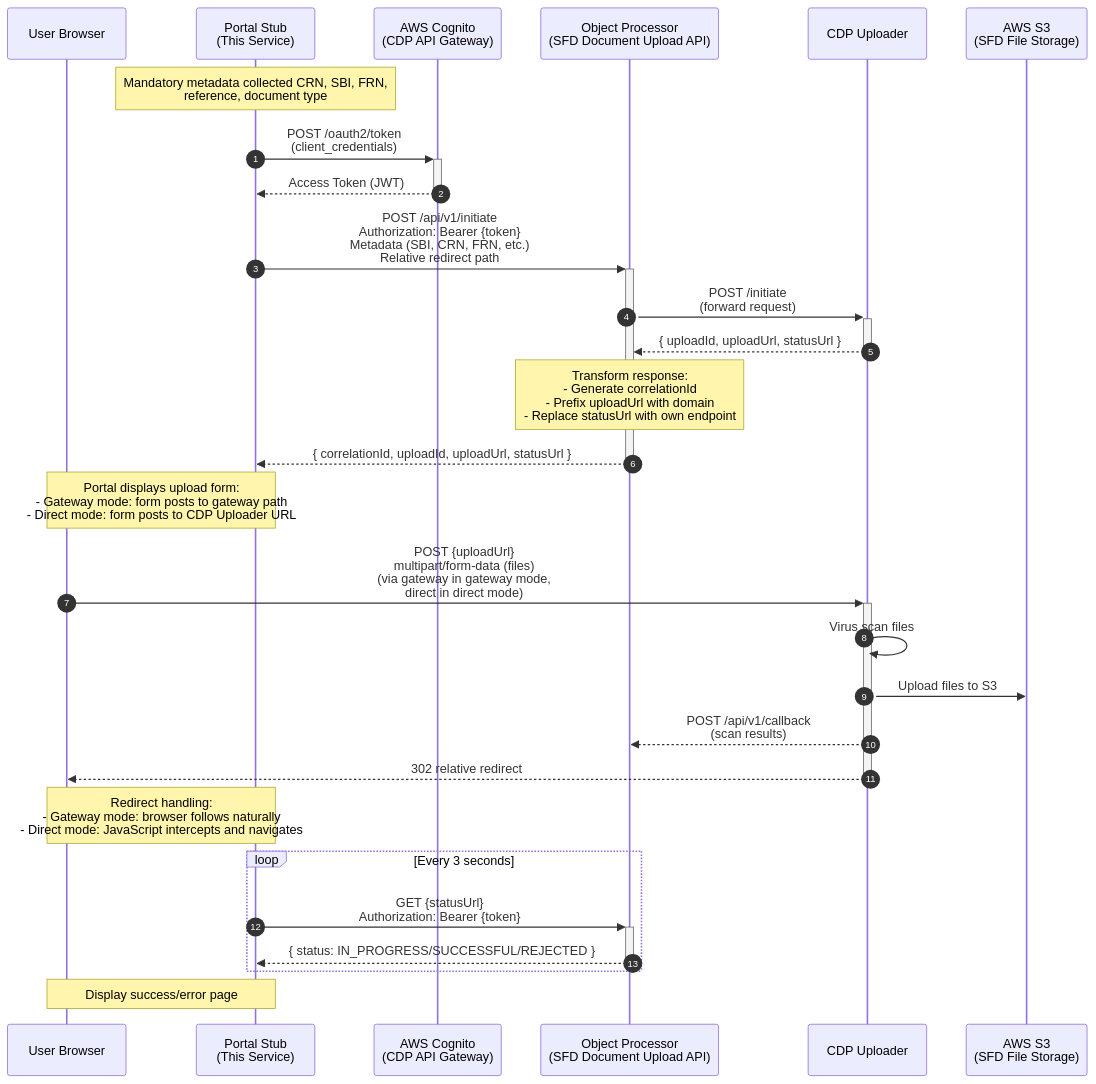
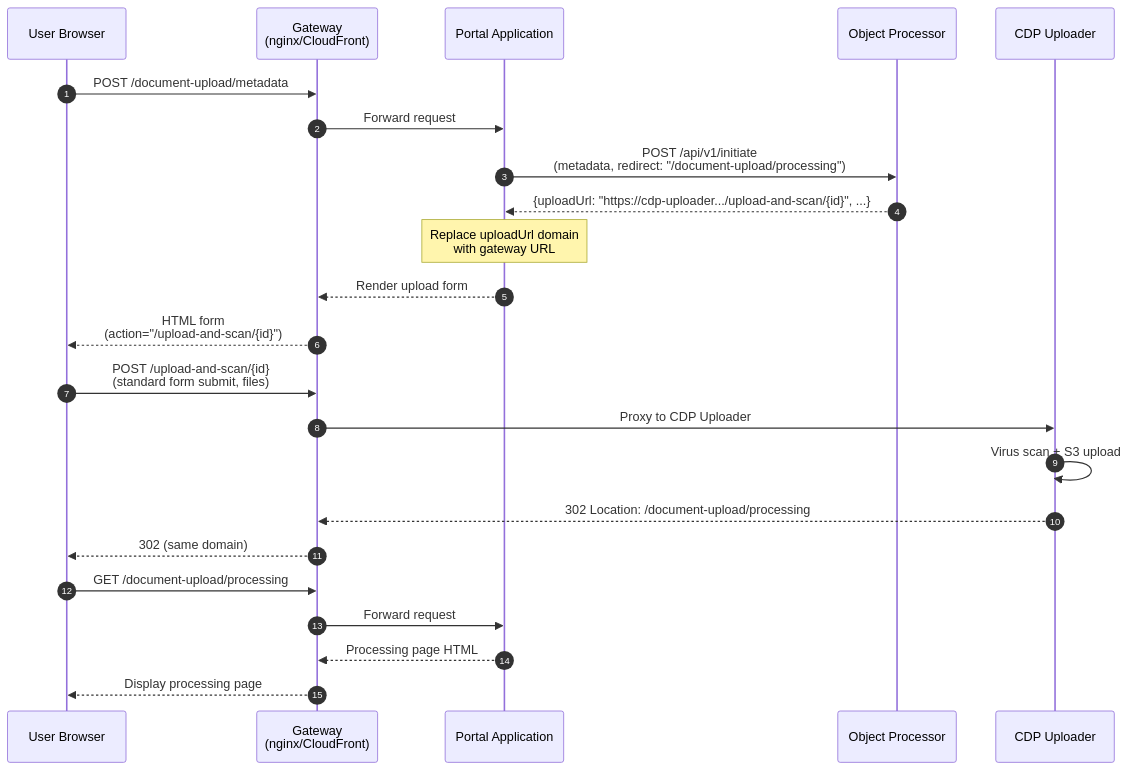
The first of 3 diagrams in README.md (DEFRA/fcp-sfd-portal-stub), drawn with Mermaid before and after one commit. The commit also changed other lines of this file and 16 other files, not shown here.

````diff
--- a/README.md
+++ b/README.md
@@ -24,38 +199,27 @@
 ```mermaid
 sequenceDiagram
     autonumber
-    participant User as User Browser
-    participant Portal as Portal Stub<br/>(This Service)
-    participant Cognito as AWS Cognito<br/>(CDP API Gateway)
-    participant Processor as Object Processor<br/>(SFD Document Upload API)
+    participant Browser as User Browser
+    participant Gateway as Gateway<br/>(nginx/CloudFront)
+    participant Portal as Portal Application
+    participant Processor as Object Processor
     participant Uploader as CDP Uploader
-    participant S3 as AWS S3<br/>(SFD File Storage)
 
-    Note over Portal: Mandatory metadata collected CRN, SBI, FRN,<br/>reference, document type
+    Browser->>Gateway: POST /document-upload/metadata
+    Gateway->>Portal: Forward request
+    Portal->>Processor: POST /api/v1/initiate<br/>(metadata, redirect: "/document-upload/processing")
+    Processor-->>Portal: {uploadUrl: "https://cdp-uploader.../upload-and-scan/{id}", ...}
+    Note over Portal: Replace uploadUrl domain<br/>with gateway URL
+    Portal-->>Gateway: Render upload form
+    Gateway-->>Browser: HTML form<br/>(action="/upload-and-scan/{id}")
     
-    Portal->>+Cognito: POST /oauth2/token<br/>(client_credentials)
-    Cognito-->>-Portal: Access Token (JWT)
-    
-    Portal->>+Processor: POST /api/v1/initiate<br/>Authorization: Bearer {token}<br/>Metadata (SBI, CRN, FRN, etc.)<br/>Relative redirect path
-    Processor->>+Uploader: POST /initiate<br/>(forward request)
-    Uploader-->>-Processor: { uploadId, uploadUrl, statusUrl }
-    Note over Processor: Transform response:<br/>- Generate correlationId<br/>- Prefix uploadUrl with domain<br/>- Replace statusUrl with own endpoint
-    Processor-->>-Portal: { correlationId, uploadId, uploadUrl, statusUrl }
-    
-    Note over Portal,User: Portal displays upload form:<br/>- Gateway mode: form posts to gateway path<br/>- Direct mode: form posts to CDP Uploader URL
-
-    User->>+Uploader: POST {uploadUrl}<br/>multipart/form-data (files)<br/>(via gateway in gateway mode,<br/>direct in direct mode)
-    Uploader->>Uploader: Virus scan files
-    Uploader->>S3: Upload files to S3
-    Uploader-->>Processor: POST /api/v1/callback<br/>(scan results)
-    Uploader-->>-User: 302 relative redirect
-    
-    Note over User,Portal: Redirect handling:<br/>- Gateway mode: browser follows naturally<br/>- Direct mode: JavaScript intercepts and navigates
-    
-    loop Every 3 seconds
-        Portal->>+Processor: GET {statusUrl}<br/>Authorization: Bearer {token}
-        Processor-->>-Portal: { status: IN_PROGRESS/SUCCESSFUL/REJECTED }
-    end
-    
-    Note over Portal,User: Display success/error page
+    Browser->>Gateway: POST /upload-and-scan/{id}<br/>(standard form submit, files)
+    Gateway->>Uploader: Proxy to CDP Uploader
+    Uploader->>Uploader: Virus scan + S3 upload
+    Uploader-->>Gateway: 302 Location: /document-upload/processing
+    Gateway-->>Browser: 302 (same domain)
+    Browser->>Gateway: GET /document-upload/processing
+    Gateway->>Portal: Forward request
+    Portal-->>Gateway: Processing page HTML
+    Gateway-->>Browser: Display processing page
 ```
````
